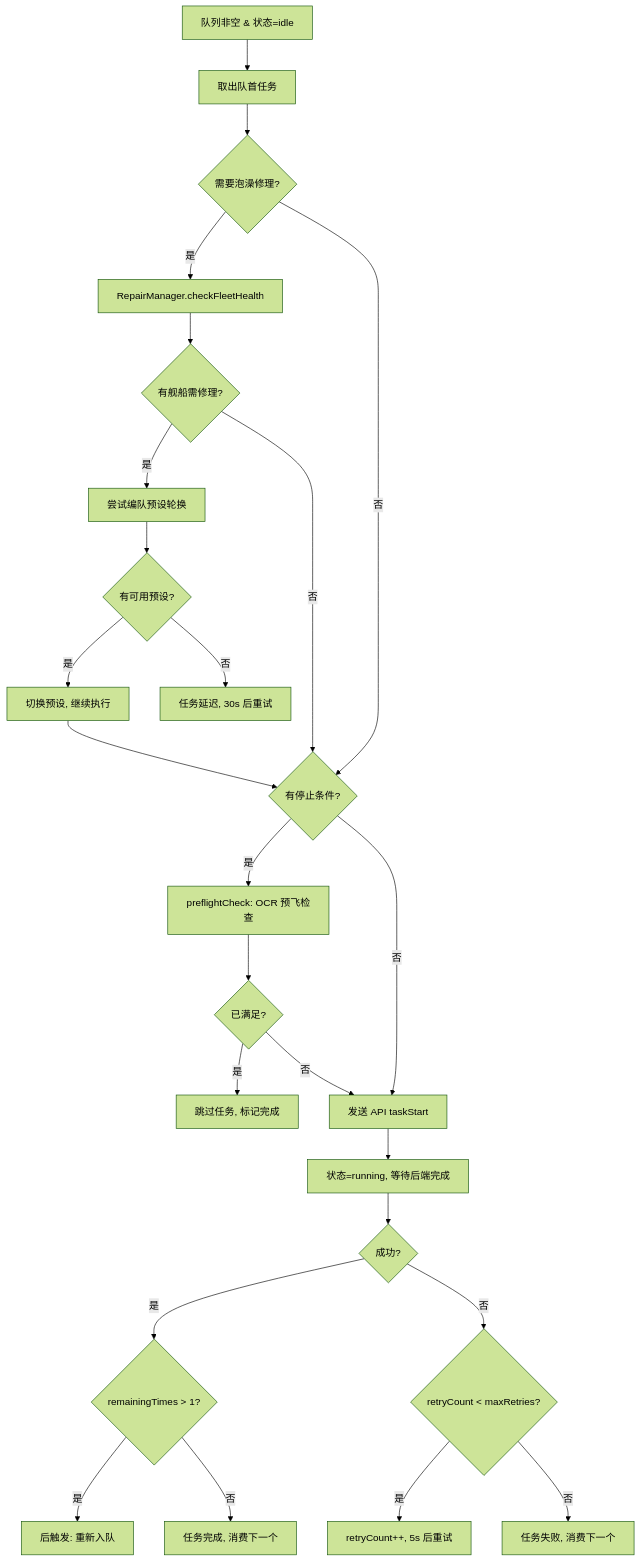
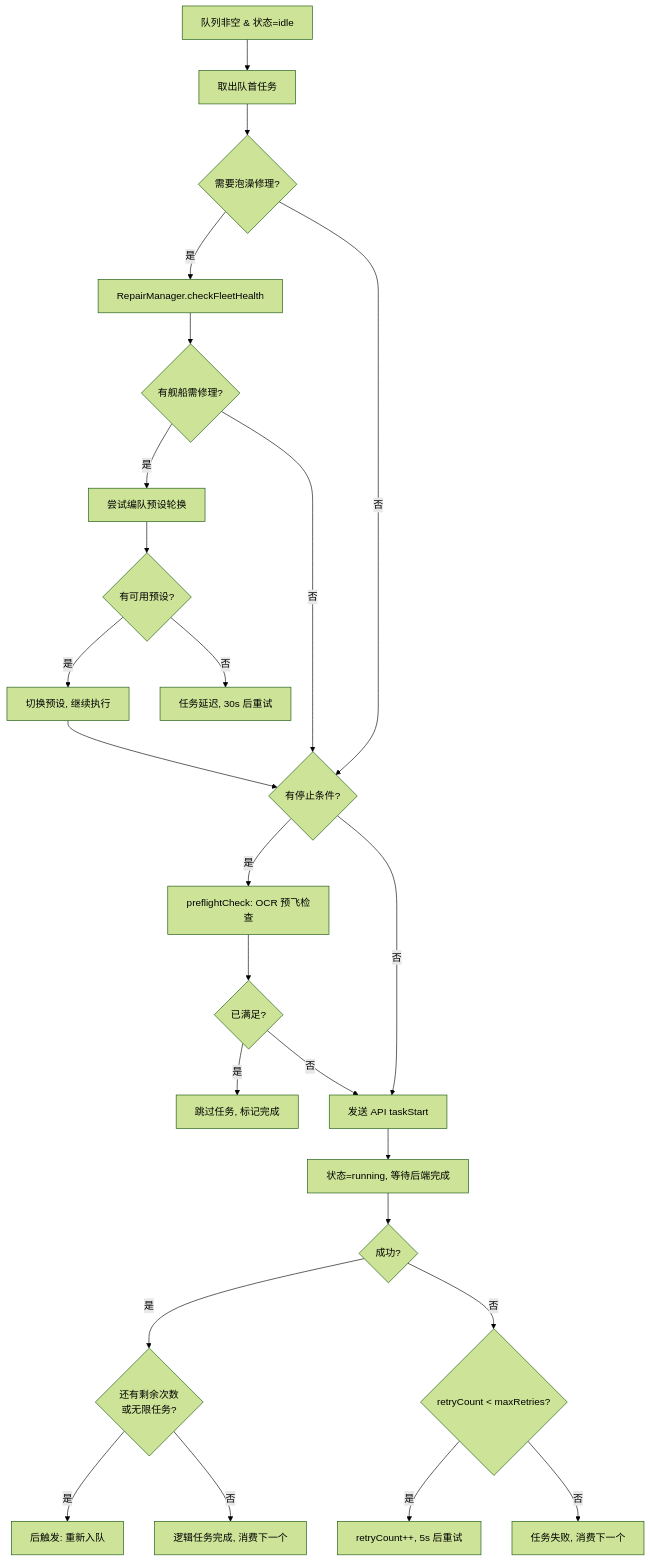
The first of 3 diagrams in docs/architecture/02-task-scheduling.md (ShiinaKuroko/AutoWSGR-GUI), drawn with Mermaid (forest theme) before and after one commit. The commit also changed other lines of this file and 534 other files, not shown here.

````diff
--- a/docs/architecture/02-task-scheduling.md
+++ b/docs/architecture/02-task-scheduling.md
@@ -71,27 +74,27 @@
 ```mermaid
 flowchart TD
   A[队列非空 & 状态=idle] --> B[取出队首任务]
   B --> C{需要泡澡修理?}
   C -->|是| D[RepairManager.checkFleetHealth]
   D --> E{有舰船需修理?}
   E -->|是| F[尝试编队预设轮换]
   F --> G{有可用预设?}
   G -->|是| H[切换预设, 继续执行]
   G -->|否| I[任务延迟, 30s 后重试]
   E -->|否| J{有停止条件?}
   C -->|否| J
   H --> J
   J -->|是| K[preflightCheck: OCR 预飞检查]
   K --> L{已满足?}
   L -->|是| M[跳过任务, 标记完成]
   L -->|否| N[发送 API taskStart]
   J -->|否| N
   N --> O[状态=running, 等待后端完成]
   O --> P{成功?}
-  P -->|是| Q{remainingTimes > 1?}
+  P -->|是| Q{还有剩余次数<br/>或无限任务?}
   Q -->|是| R[后触发: 重新入队]
-  Q -->|否| S[任务完成, 消费下一个]
+  Q -->|否| S[逻辑任务完成, 消费下一个]
   P -->|否| T{retryCount < maxRetries?}
   T -->|是| U[retryCount++, 5s 后重试]
   T -->|否| V[任务失败, 消费下一个]
 ```
````
